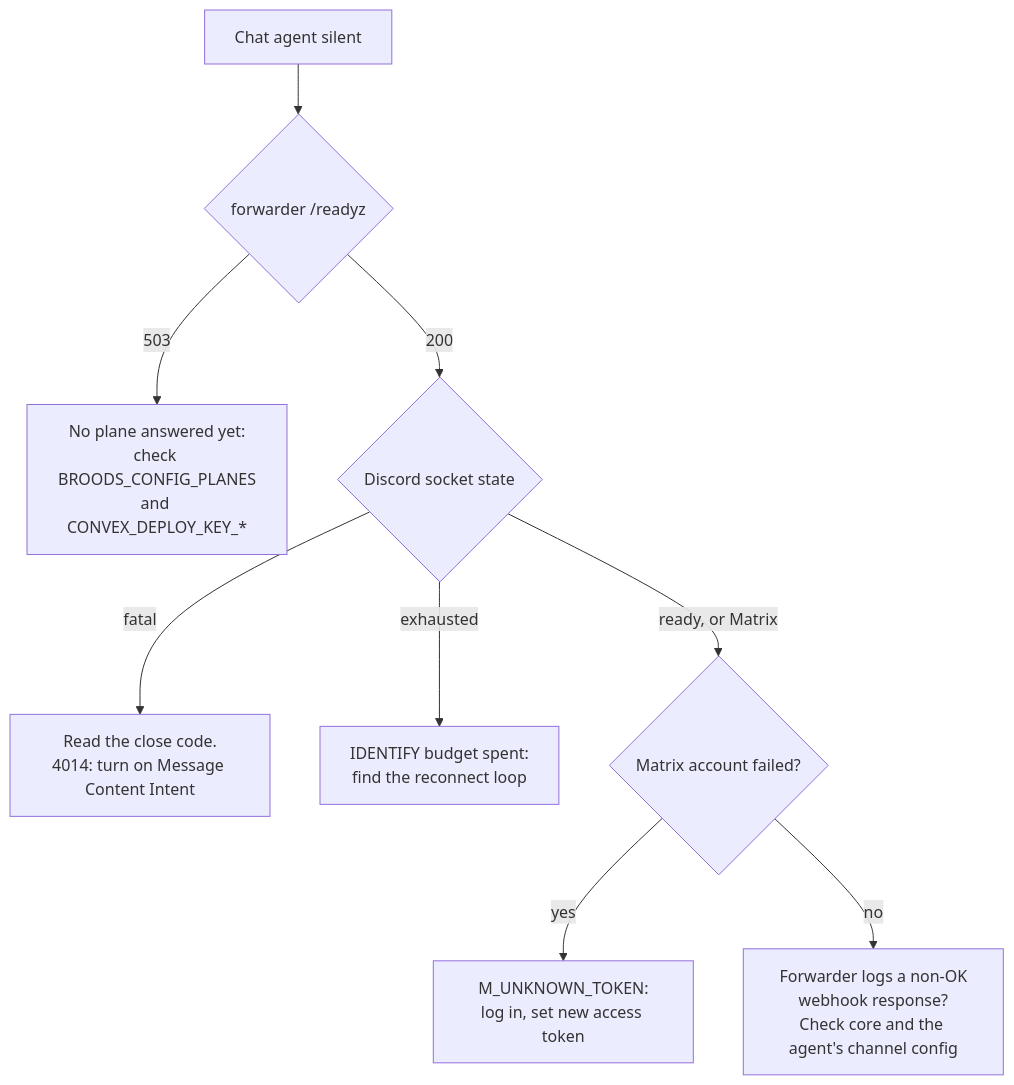
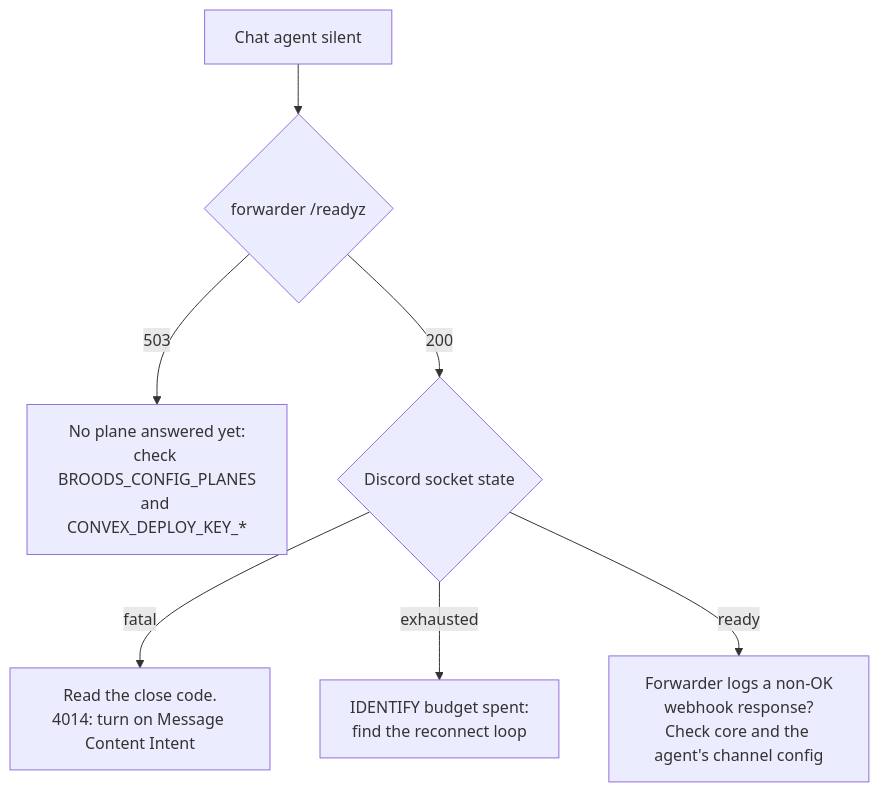
One commit to beeblastco/broods changed the eighth of 8 diagrams in apps/docs/docs/internals/operations.md. Above: the diagram before and after it, drawn with Mermaid. The commit also changed other lines of this file and 77 other files, not shown here.

First line of the commit message:
chore!: remove the Matrix channel and apps/matrix-forwarder

````diff
--- a/apps/docs/docs/internals/operations.md
+++ b/apps/docs/docs/internals/operations.md
@@ -278,11 +262,9 @@
 ```mermaid
 flowchart TD
   A["Chat agent silent"] --> B{"forwarder /readyz"}
   B -->|"503"| B1["No plane answered yet:<br/>check BROODS_CONFIG_PLANES<br/>and CONVEX_DEPLOY_KEY_*"]
   B -->|"200"| C{"Discord socket state"}
   C -->|fatal| C1["Read the close code.<br/>4014: turn on Message Content Intent"]
   C -->|exhausted| C2["IDENTIFY budget spent:<br/>find the reconnect loop"]
-  C -->|"ready, or Matrix"| D{"Matrix account failed?"}
-  D -->|yes| D1["M_UNKNOWN_TOKEN:<br/>log in, set new access token"]
-  D -->|no| E["Forwarder logs a non-OK<br/>webhook response?<br/>Check core and the agent's channel config"]
+  C -->|ready| E["Forwarder logs a non-OK<br/>webhook response?<br/>Check core and the agent's channel config"]
 ```
````
